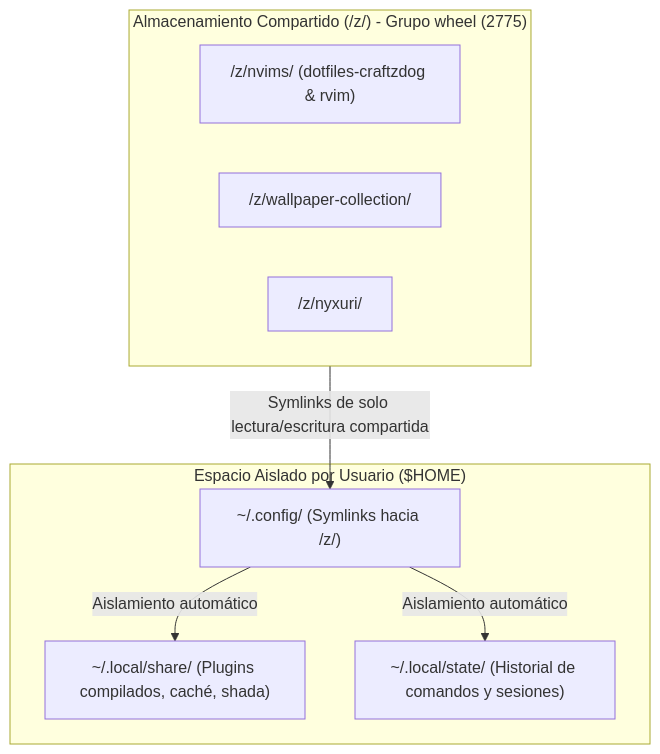
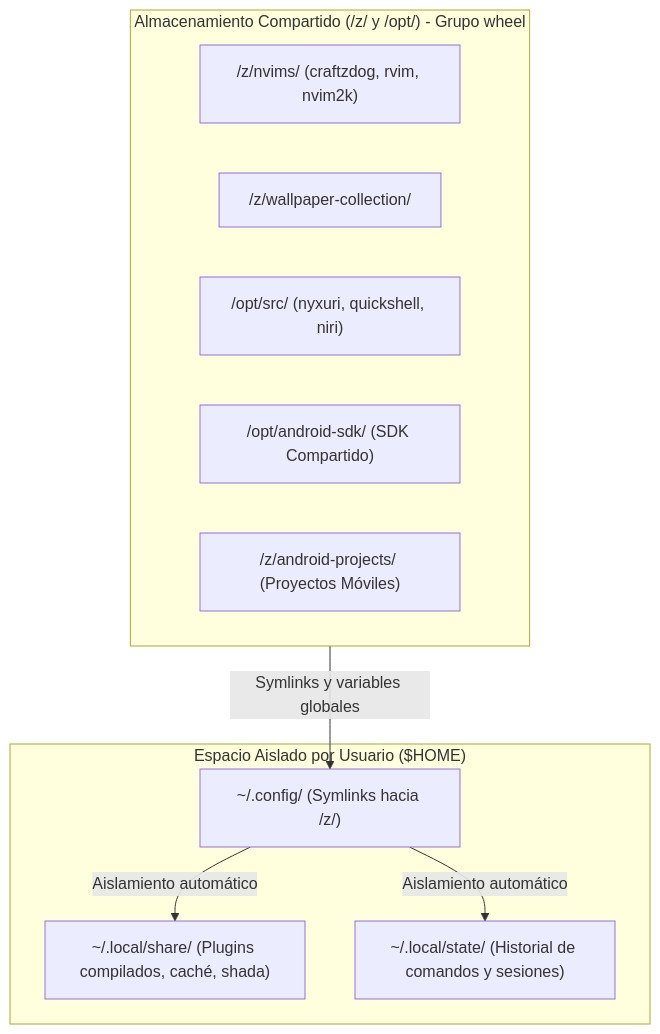
Before and after one commit to robert-flo/PJ-NIRI-rf-omarchy-workstation: the diagram in 00 - MOC y Topologia/00.1 - Topologia de Usuarios y Perfiles.md, drawn with Mermaid. The commit also changed other lines of this file and 80 other files, not shown here.

Commit message:
feat(toolchain): integrate Google Antigravity, Android Studio BYOA stack and shared storage

````diff
--- a/00 - MOC y Topologia/00.1 - Topologia de Usuarios y Perfiles.md
+++ b/00 - MOC y Topologia/00.1 - Topologia de Usuarios y Perfiles.md
@@ -54,18 +56,20 @@
 ```mermaid
 flowchart TD
-    subgraph Shared["Almacenamiento Compartido (/z/) - Grupo wheel (2775)"]
-        NVIMS["/z/nvims/ (dotfiles-craftzdog & rvim)"]
+    subgraph Shared["Almacenamiento Compartido (/z/ y /opt/) - Grupo wheel"]
+        NVIMS["/z/nvims/ (craftzdog, rvim, nvim2k)"]
         WALLPAPERS["/z/wallpaper-collection/"]
-        NYXURI_SRC["/z/nyxuri/"]
+        NYXURI_SRC["/opt/src/ (nyxuri, quickshell, niri)"]
+        ANDRO_SDK["/opt/android-sdk/ (SDK Compartido)"]
+        ANDRO_PRJ["/z/android-projects/ (Proyectos Móviles)"]
     end
 
     subgraph UserHome["Espacio Aislado por Usuario ($HOME)"]
         CONFIG["~/.config/ (Symlinks hacia /z/)"]
         DATA["~/.local/share/ (Plugins compilados, caché, shada)"]
         STATE["~/.local/state/ (Historial de comandos y sesiones)"]
     end
 
-    Shared -->|Symlinks de solo lectura/escritura compartida| CONFIG
+    Shared -->|Symlinks y variables globales| CONFIG
     CONFIG -->|Aislamiento automático| DATA
     CONFIG -->|Aislamiento automático| STATE
 ```
````
